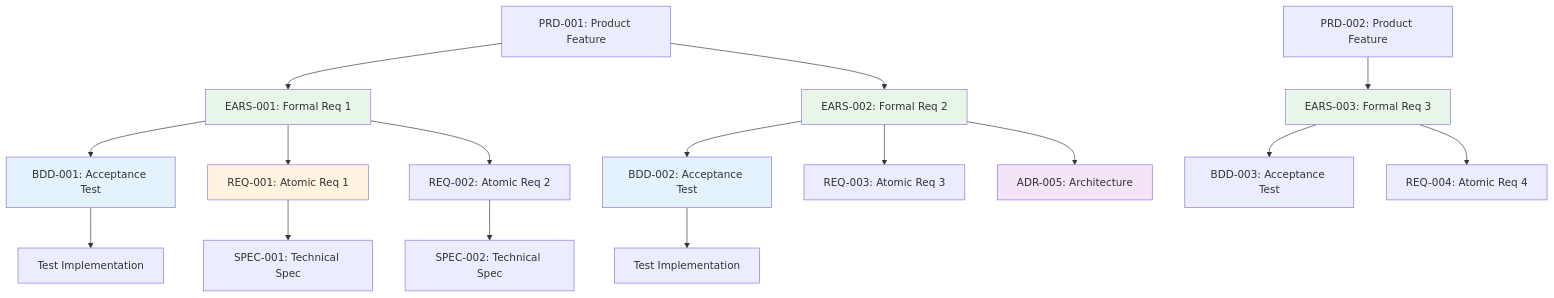
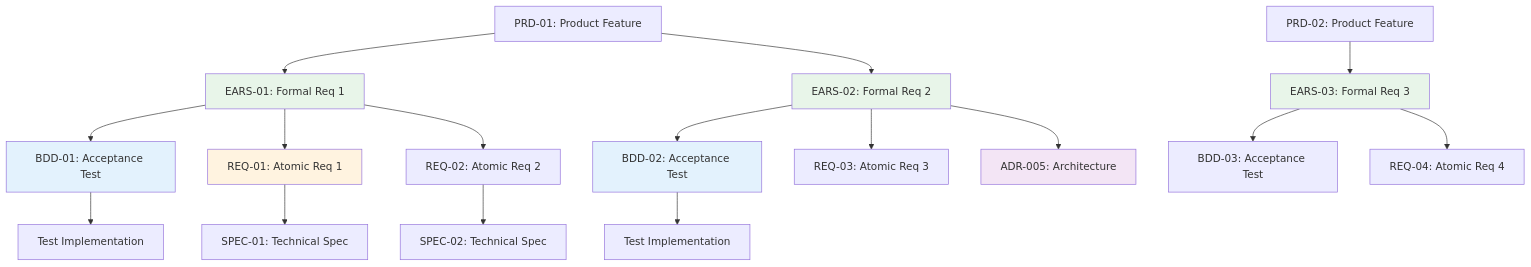
One commit to vladm3105/aidoc-flow-framework changed the diagram in ai_dev_flow/EARS/EARS-000_TRACEABILITY_MATRIX-TEMPLATE.md. Above: the diagram before and after it, drawn with Mermaid. The commit also changed other lines of this file and 215 other files, not shown here.

````diff
--- a/ai_dev_flow/EARS/EARS-000_TRACEABILITY_MATRIX-TEMPLATE.md
+++ b/ai_dev_flow/EARS/EARS-000_TRACEABILITY_MATRIX-TEMPLATE.md
@@ -331,30 +331,30 @@
 ```mermaid
 graph TD
-    PRD001[PRD-001: Product Feature] --> EARS001[EARS-001: Formal Req 1]
-    PRD001 --> EARS002[EARS-002: Formal Req 2]
-    PRD002[PRD-002: Product Feature] --> EARS003[EARS-003: Formal Req 3]
+    PRD001[PRD-01: Product Feature] --> EARS001[EARS-01: Formal Req 1]
+    PRD001 --> EARS002[EARS-02: Formal Req 2]
+    PRD002[PRD-02: Product Feature] --> EARS003[EARS-03: Formal Req 3]
 
-    EARS001 --> BDD001[BDD-001: Acceptance Test]
-    EARS001 --> REQ001[REQ-001: Atomic Req 1]
-    EARS001 --> REQ002[REQ-002: Atomic Req 2]
+    EARS001 --> BDD001[BDD-01: Acceptance Test]
+    EARS001 --> REQ01[REQ-01: Atomic Req 1]
+    EARS001 --> REQ02[REQ-02: Atomic Req 2]
 
-    EARS002 --> BDD002[BDD-002: Acceptance Test]
-    EARS002 --> REQ003[REQ-003: Atomic Req 3]
+    EARS002 --> BDD002[BDD-02: Acceptance Test]
+    EARS002 --> REQ03[REQ-03: Atomic Req 3]
     EARS002 --> ADR005[ADR-005: Architecture]
 
-    EARS003 --> BDD003[BDD-003: Acceptance Test]
-    EARS003 --> REQ004[REQ-004: Atomic Req 4]
+    EARS003 --> BDD003[BDD-03: Acceptance Test]
+    EARS003 --> REQ004[REQ-04: Atomic Req 4]
 
     BDD001 --> Tests1[Test Implementation]
     BDD002 --> Tests2[Test Implementation]
-    REQ001 --> SPEC001[SPEC-001: Technical Spec]
-    REQ002 --> SPEC002[SPEC-002: Technical Spec]
+    REQ01 --> SPEC01[SPEC-01: Technical Spec]
+    REQ02 --> SPEC002[SPEC-02: Technical Spec]
 
     style EARS001 fill:#e8f5e9
     style EARS002 fill:#e8f5e9
     style EARS003 fill:#e8f5e9
     style BDD001 fill:#e3f2fd
     style BDD002 fill:#e3f2fd
-    style REQ001 fill:#fff3e0
+    style REQ01 fill:#fff3e0
     style ADR005 fill:#f3e5f5
 ```
````
